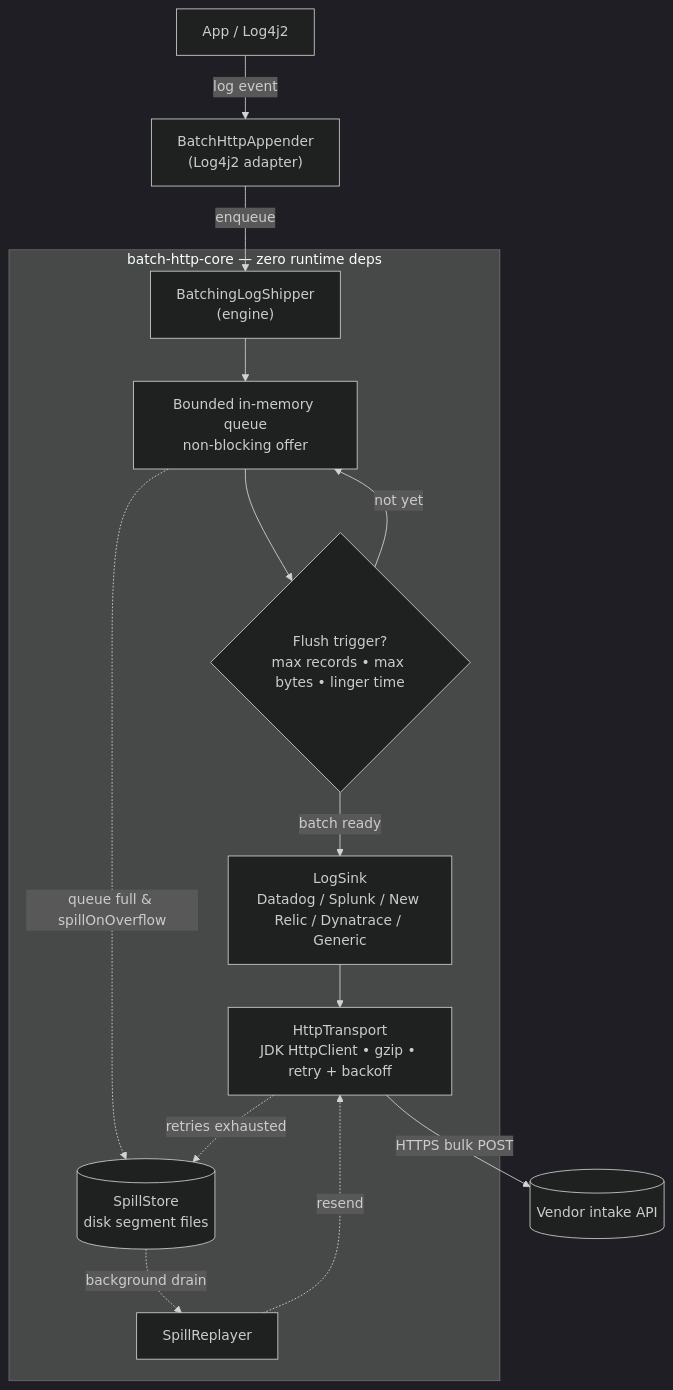
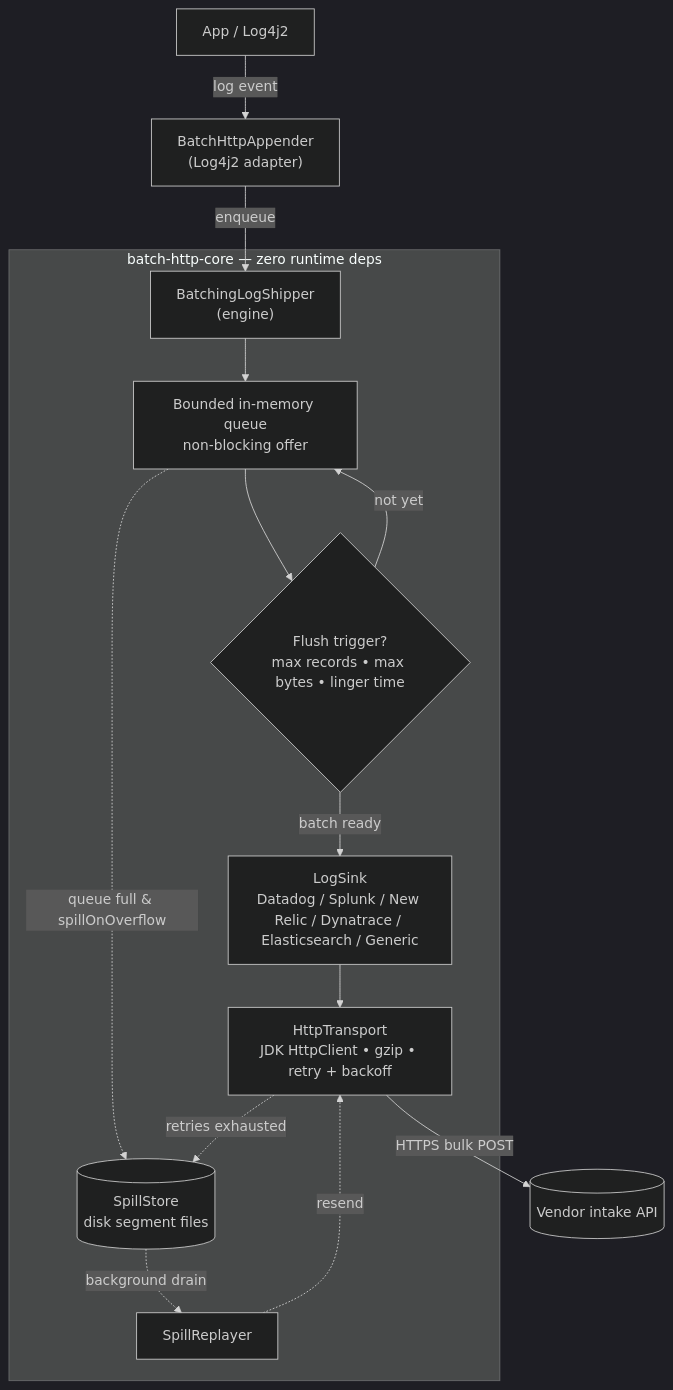
The first of 2 diagrams in README.md (mulesoft/batch-http-log-appender), drawn with Mermaid (dark theme) before and after one commit. The commit also changed other lines of this file and 33 other files, not shown here.

First line of the commit message:
feat: Elasticsearch sink with per-document bulk retry (v0.1.5)

````diff
--- a/README.md
+++ b/README.md
@@ -146,20 +146,20 @@
 ```mermaid
 flowchart TD
     App["App / Log4j2"] -->|log event| Adapter["BatchHttpAppender<br/>(Log4j2 adapter)"]
     Adapter -->|enqueue| Shipper["BatchingLogShipper<br/>(engine)"]
 
     subgraph core["batch-http-core — zero runtime deps"]
         Shipper --> Queue["Bounded in-memory queue<br/>non-blocking offer"]
         Queue --> Flush{"Flush trigger?<br/>max records &bull; max bytes &bull; linger time"}
         Flush -->|not yet| Queue
-        Flush -->|batch ready| Sink["LogSink<br/>Datadog / Splunk / New Relic / Dynatrace / Generic"]
+        Flush -->|batch ready| Sink["LogSink<br/>Datadog / Splunk / New Relic / Dynatrace / Elasticsearch / Generic"]
         Sink --> Transport["HttpTransport<br/>JDK HttpClient &bull; gzip &bull; retry + backoff"]
 
         Queue -.->|queue full &amp; spillOnOverflow| Spill[("SpillStore<br/>disk segment files")]
         Transport -.->|retries exhausted| Spill
         Spill -.->|background drain| Replayer["SpillReplayer"]
         Replayer -.->|resend| Transport
     end
 
     Transport -->|HTTPS bulk POST| Intake[("Vendor intake API")]
 ```
````
